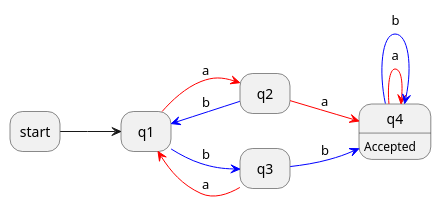
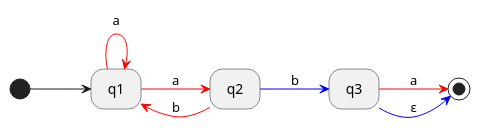
The second of 2 diagrams in pages/Theory of computation.md (soyart/notes), drawn with PlantUML before and after one commit. The commit also changed other lines of this file, not shown here.

```diff
--- a/pages/Theory of computation.md
+++ b/pages/Theory of computation.md
@@ -275,20 +128,19 @@
-					  @startuml
-					  left to right direction
-					  hide empty description
-					  
-					  start --> q1
-					  
-					  q1-[#red]->q2: a
-					  q1-[#blue]->q3: b
-					  
-					  q2-[#red]->q4: a
-					  q2-[#blue]->q1: b
-					  
-					  q3-[#red]->q1: a
-					  q3-[#blue]->q4: b
-					  
-					  q4-[#red]->q4: a
-					  q4-[#blue]->q4: b
-					  q4: Accepted
-					  
-					  @enduml
+				  @startuml
+				  left to right direction
+				  hide empty description
+				  
+				  state start <<start>>
+				  state q4 <<end>>
+				  
+				  start --> q1
+				  
+				  q1-[#red]->q1: a
+				  q1-[#red]->q2: a
+				  
+				  q2-[#red]->q1: b
+				  q2-[#blue]->q3: b
+				  
+				  q3-[#red]->q4: a
+				  q3-[#blue]->q4: ε
+				  
+				  @enduml
```
